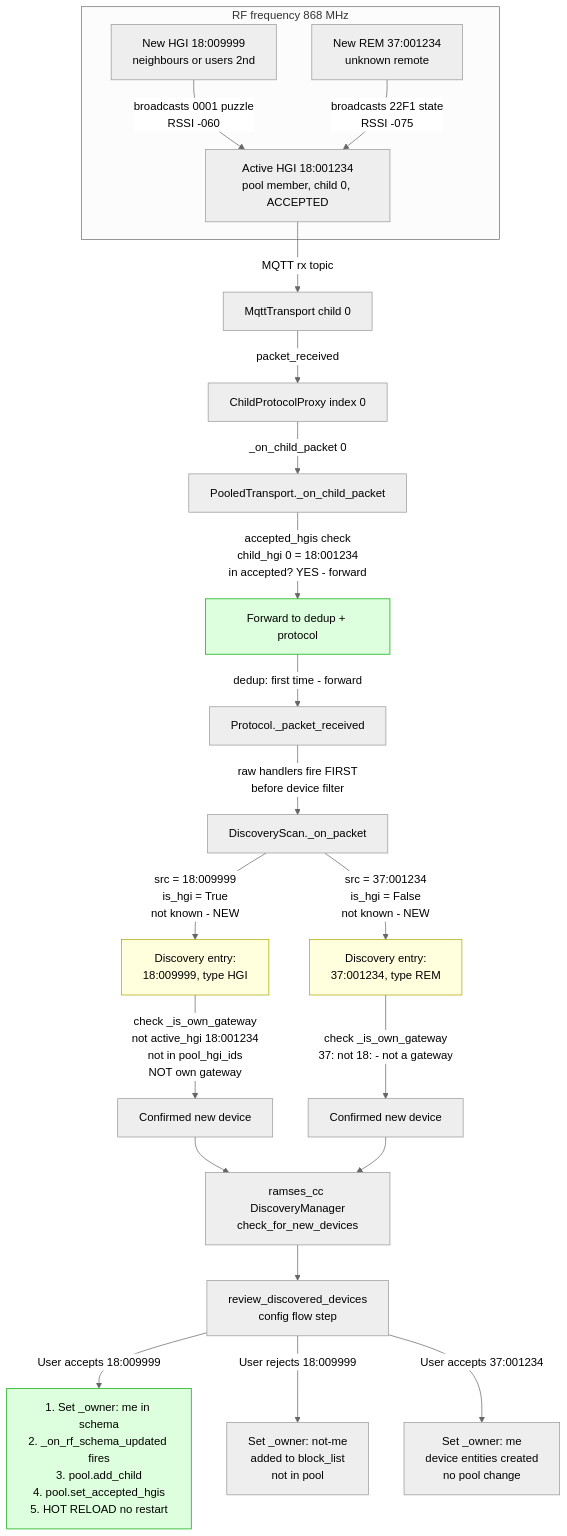
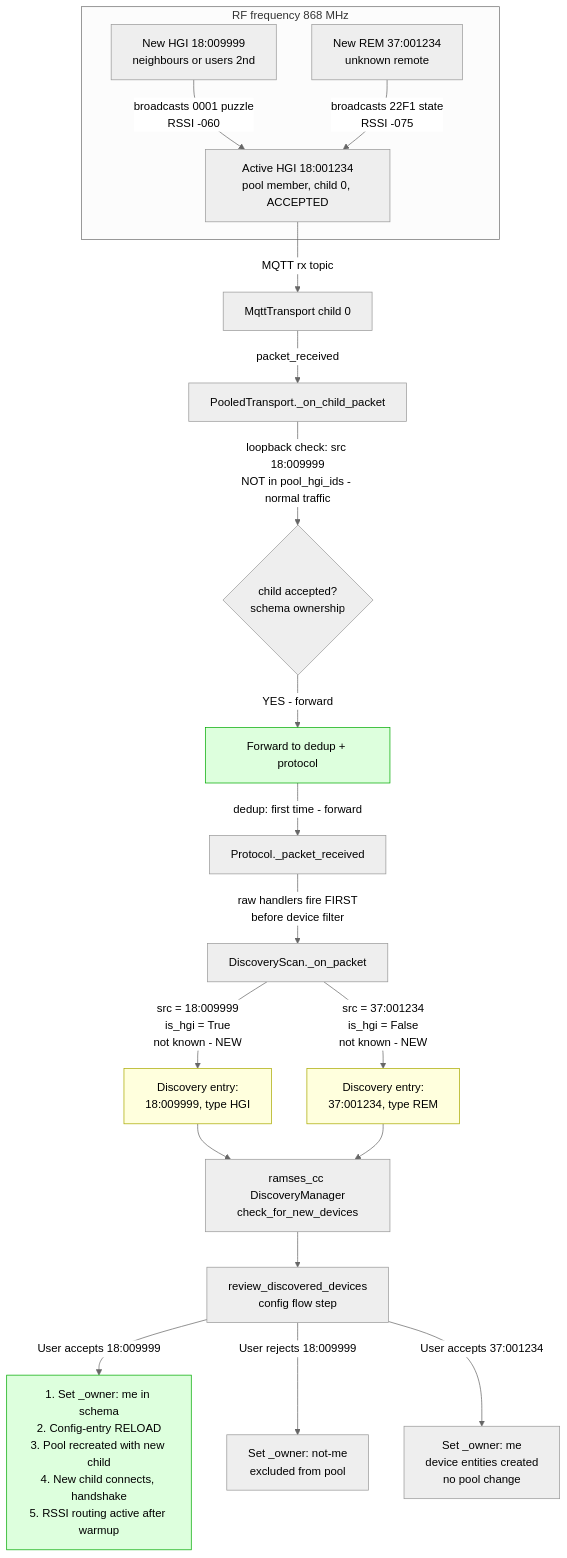
Before and after one commit to ramses-rf/ramses_cc: the diagram in docs/diagrams/03_discovery_new_hgi.md, drawn with Mermaid (neutral theme). The commit also changed other lines of this file and 6 other files, not shown here.

First line of the commit message:
docs: update flow diagrams to reflect new plan architecture

````diff
--- a/docs/diagrams/03_discovery_new_hgi.md
+++ b/docs/diagrams/03_discovery_new_hgi.md
@@ -3,40 +3,37 @@
 ```mermaid
 flowchart TD
     subgraph RF["RF frequency 868 MHz"]
         NewHGI["New HGI 18:009999<br/>neighbours or users 2nd"]
         NewREM["New REM 37:001234<br/>unknown remote"]
         ActiveHGI["Active HGI 18:001234<br/>pool member, child 0, ACCEPTED"]
     end
 
     NewHGI -->|"broadcasts 0001 puzzle<br/>RSSI -060"| ActiveHGI
     NewREM -->|"broadcasts 22F1 state<br/>RSSI -075"| ActiveHGI
 
     ActiveHGI -->|"MQTT rx topic"| MqttTransport["MqttTransport child 0"]
-    MqttTransport -->|"packet_received"| Proxy["ChildProtocolProxy index 0"]
-    Proxy -->|"_on_child_packet 0"| Pool["PooledTransport._on_child_packet"]
+    MqttTransport -->|"packet_received"| Pool["PooledTransport._on_child_packet"]
 
-    Pool -->|"accepted_hgis check<br/>child_hgi 0 = 18:001234<br/>in accepted? YES - forward"| Forward["Forward to dedup + protocol"]
+    Pool -->|"loopback check: src 18:009999<br/>NOT in pool_hgi_ids - normal traffic"| AcceptCheck{"child accepted?<br/>schema ownership"}
+    AcceptCheck -->|"YES - forward"| Forward["Forward to dedup + protocol"]
 
     Forward -->|"dedup: first time - forward"| Proto["Protocol._packet_received"]
     Proto -->|"raw handlers fire FIRST<br/>before device filter"| Scan["DiscoveryScan._on_packet"]
 
     Scan -->|"src = 18:009999<br/>is_hgi = True<br/>not known - NEW"| NewDevice1["Discovery entry:<br/>18:009999, type HGI"]
     Scan -->|"src = 37:001234<br/>is_hgi = False<br/>not known - NEW"| NewDevice2["Discovery entry:<br/>37:001234, type REM"]
 
-    NewDevice1 -->|"check _is_own_gateway<br/>not active_hgi 18:001234<br/>not in pool_hgi_ids<br/>NOT own gateway"| Confirm1["Confirmed new device"]
-    NewDevice2 -->|"check _is_own_gateway<br/>37: not 18: - not a gateway"| Confirm2["Confirmed new device"]
-
-    Confirm1 --> Notify["ramses_cc DiscoveryManager<br/>check_for_new_devices"]
-    Confirm2 --> Notify
+    NewDevice1 --> Notify["ramses_cc DiscoveryManager<br/>check_for_new_devices"]
+    NewDevice2 --> Notify
 
     Notify --> Review["review_discovered_devices<br/>config flow step"]
 
-    Review -->|"User accepts 18:009999"| AcceptHGI["1. Set _owner: me in schema<br/>2. _on_rf_schema_updated fires<br/>3. pool.add_child<br/>4. pool.set_accepted_hgis<br/>5. HOT RELOAD no restart"]
-    Review -->|"User rejects 18:009999"| RejectHGI["Set _owner: not-me<br/>added to block_list<br/>not in pool"]
+    Review -->|"User accepts 18:009999"| AcceptHGI["1. Set _owner: me in schema<br/>2. Config-entry RELOAD<br/>3. Pool recreated with new child<br/>4. New child connects, handshake<br/>5. RSSI routing active after warmup"]
+    Review -->|"User rejects 18:009999"| RejectHGI["Set _owner: not-me<br/>excluded from pool"]
     Review -->|"User accepts 37:001234"| AcceptREM["Set _owner: me<br/>device entities created<br/>no pool change"]
 
     style Forward fill:#dfd,stroke:#0a0
     style NewDevice1 fill:#ffd,stroke:#aa0
     style NewDevice2 fill:#ffd,stroke:#aa0
     style AcceptHGI fill:#dfd,stroke:#0a0
 ```
````
